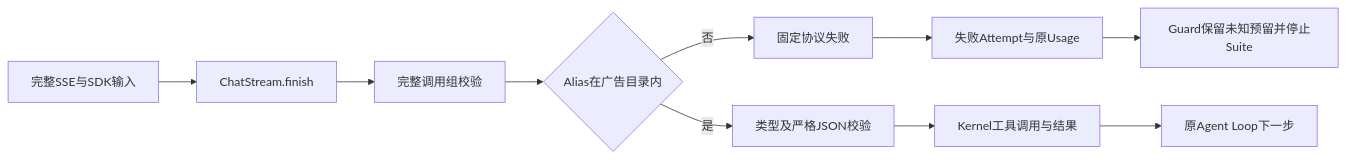
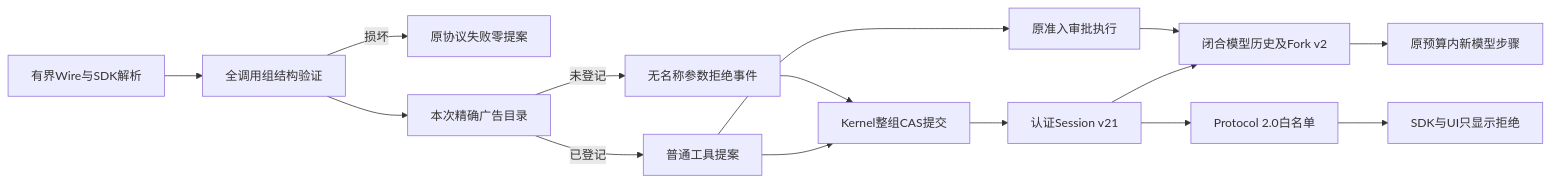
One commit to carrie1988/Harnessix changed the first of 4 diagrams in docs/changes/m09-r3-unknown-tool-recovery.md. Above: the diagram before and after it, drawn with Mermaid. The commit also changed other lines of this file and 99 other files, not shown here.

````diff
--- a/docs/changes/m09-r3-unknown-tool-recovery.md
+++ b/docs/changes/m09-r3-unknown-tool-recovery.md
@@ -67,12 +72,17 @@
 ```mermaid
 flowchart LR
-    W[完整SSE与SDK输入] --> F[ChatStream.finish]
-    F --> C[完整调用组校验]
-    C --> N{Alias在广告目录内}
-    N -->|否| E[固定协议失败]
-    E --> A[失败Attempt与原Usage]
-    A --> B[Guard保留未知预留并停止Suite]
-    N -->|是| J[类型及严格JSON校验]
-    J --> K[Kernel工具调用与结果]
-    K --> L[原Agent Loop下一步]
+    W[有界Wire与SDK解析] --> S[全调用组结构验证]
+    S -->|损坏| F[原协议失败零提案]
+    S --> D[本次精确广告目录]
+    D -->|已登记| K[普通工具提案]
+    D -->|未登记| R[无名称参数拒绝事件]
+    K --> B[Kernel整组CAS提交]
+    R --> B
+    B --> J[认证Session v21]
+    K --> E[原准入审批执行]
+    J --> H[闭合模型历史及Fork v2]
+    E --> H
+    H --> L[原预算内新模型步骤]
+    J --> P[Protocol 2.0白名单]
+    P --> U[SDK与UI只显示拒绝]
 ```
````
